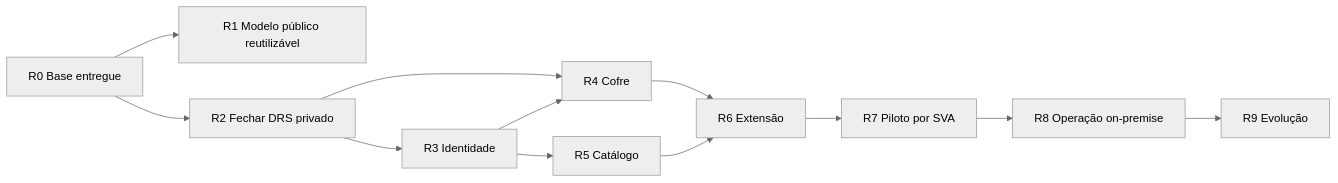
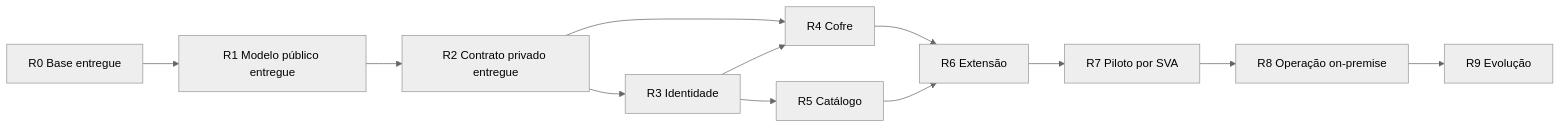
The diagram in docs/ROADMAP.md (Rafael-Albernaz-dev/hublinks), drawn with Mermaid (neutral theme) before and after one commit. The commit also changed other lines of this file and 24 other files, not shown here.

````diff
--- a/docs/ROADMAP.md
+++ b/docs/ROADMAP.md
@@ -151,14 +141,14 @@
 ```mermaid
 flowchart LR
-  R0[R0 Base entregue] --> R1[R1 Modelo público reutilizável]
-  R0 --> R2[R2 Fechar DRS privado]
+  R0[R0 Base entregue] --> R1[R1 Modelo público entregue]
+  R1 --> R2[R2 Contrato privado entregue]
   R2 --> R3[R3 Identidade]
   R2 --> R4[R4 Cofre]
   R3 --> R4
   R3 --> R5[R5 Catálogo]
   R4 --> R6[R6 Extensão]
   R5 --> R6
   R6 --> R7[R7 Piloto por SVA]
   R7 --> R8[R8 Operação on-premise]
   R8 --> R9[R9 Evolução]
 ```
````
